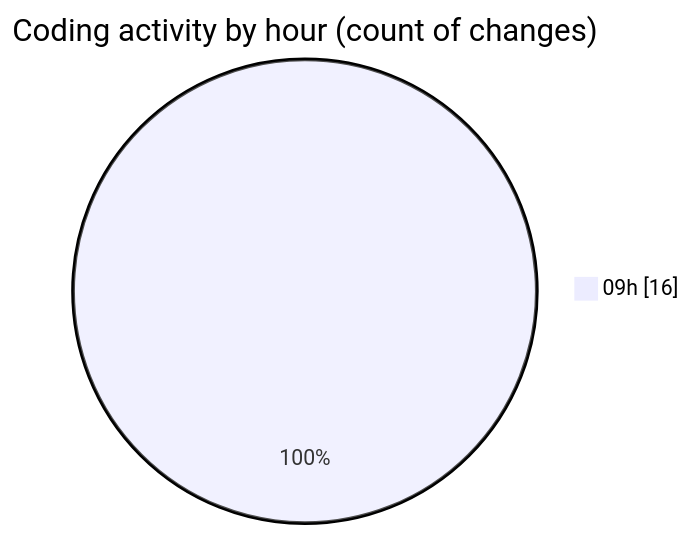
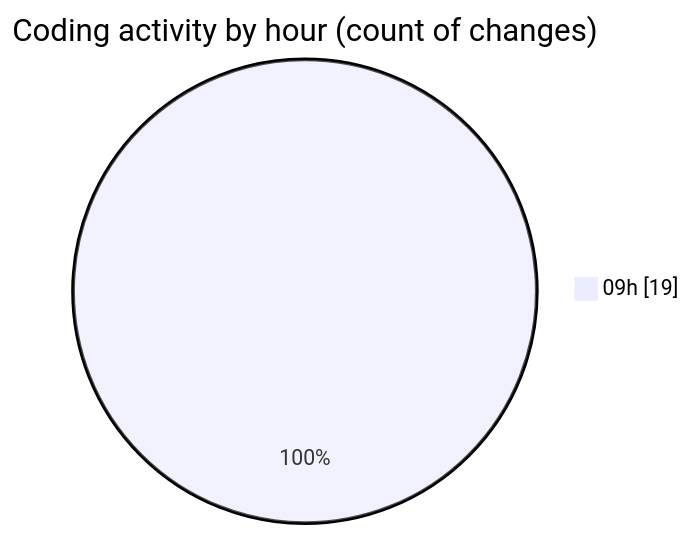
Before and after one commit to robertbonfada/code-tracking: the second of 2 diagrams in 2025-03-19/peregrino-web/README.md, drawn with Mermaid. The commit also changed other lines of this file and 1 other file, not shown here.

````diff
--- a/2025-03-19/peregrino-web/README.md
+++ b/2025-03-19/peregrino-web/README.md
@@ -31,5 +32,5 @@
 ```mermaid
 pie showData
 title Coding activity by hour (count of changes)
-"09h" : 16
+"09h" : 19
 ```
````
